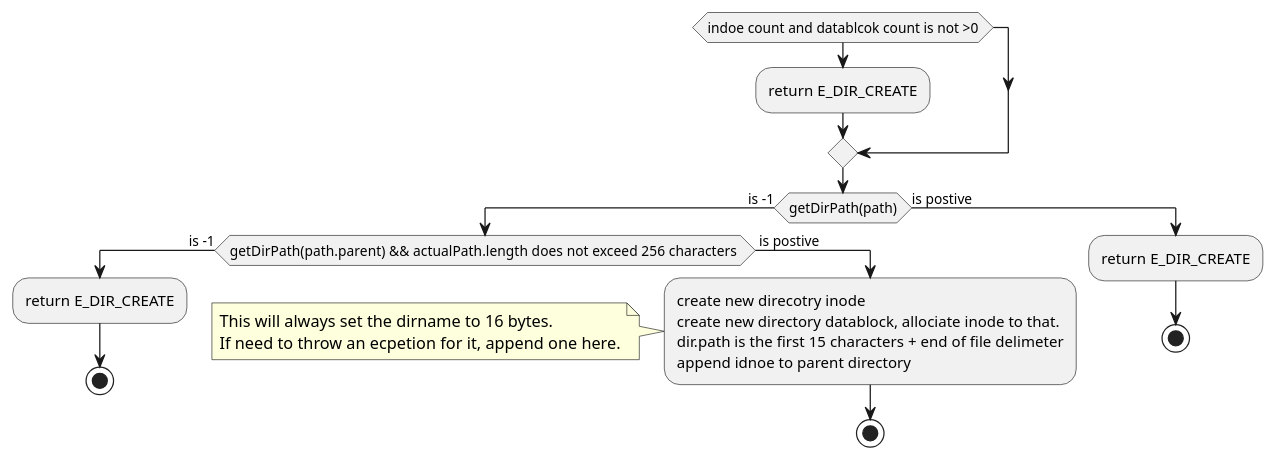
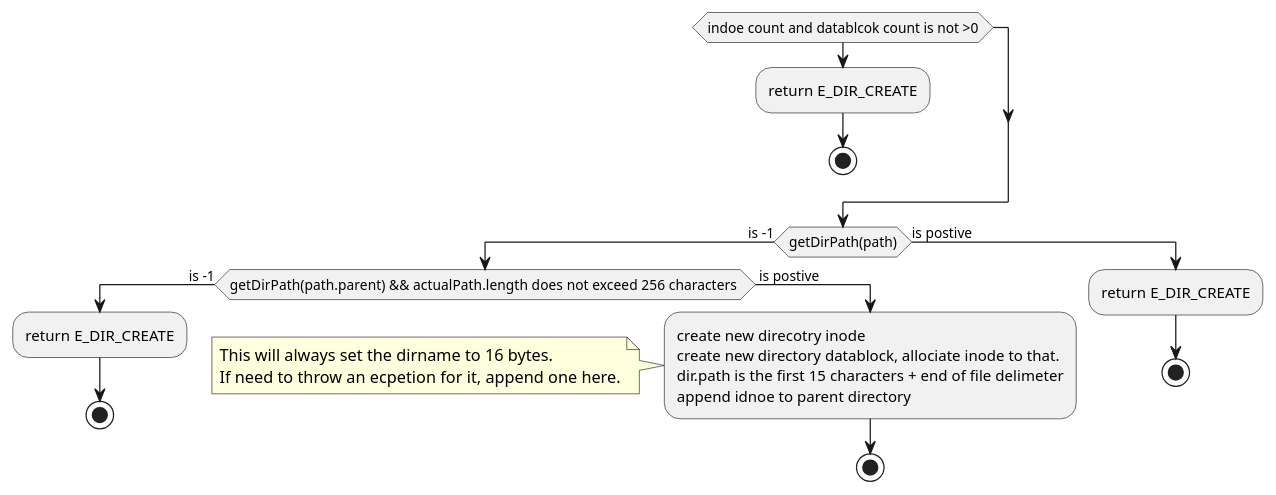
Before and after one commit to HawaiinPizza/CIS-450-final-project: diagram 13 of 20 in Plan.org, drawn with PlantUML. The commit also changed other lines of this file and 2 other files, not shown here.

```diff
--- a/Plan.org
+++ b/Plan.org
@@ -618,24 +618,25 @@
      #+BEGIN_SRC plantuml  :file Plant/DirCreate.png
      if(indoe count and datablcok count is not >0)
 	:return E_DIR_CREATE;
+	stop
      endif
      if(getDirPath(path)) then (is -1)
 	if(getDirPath(path.parent)  && actualPath.length does not exceed 256 characters ) then (is -1)
 		:return E_DIR_CREATE;
 		stop
 	else ( is postive   )
 		:create new direcotry inode
 		create new directory datablock, allociate inode to that.
 		dir.path is the first 15 characters + end of file delimeter
 		append idnoe to parent directory;
 		    note left
 			This will always set the dirname to 16 bytes.
 			If need to throw an ecpetion for it, append one here.
 		    endnote
 		stop
 	endif
      else(is postive)
 	:return E_DIR_CREATE;
 	stop
      endif
      #+END_SRC
```
